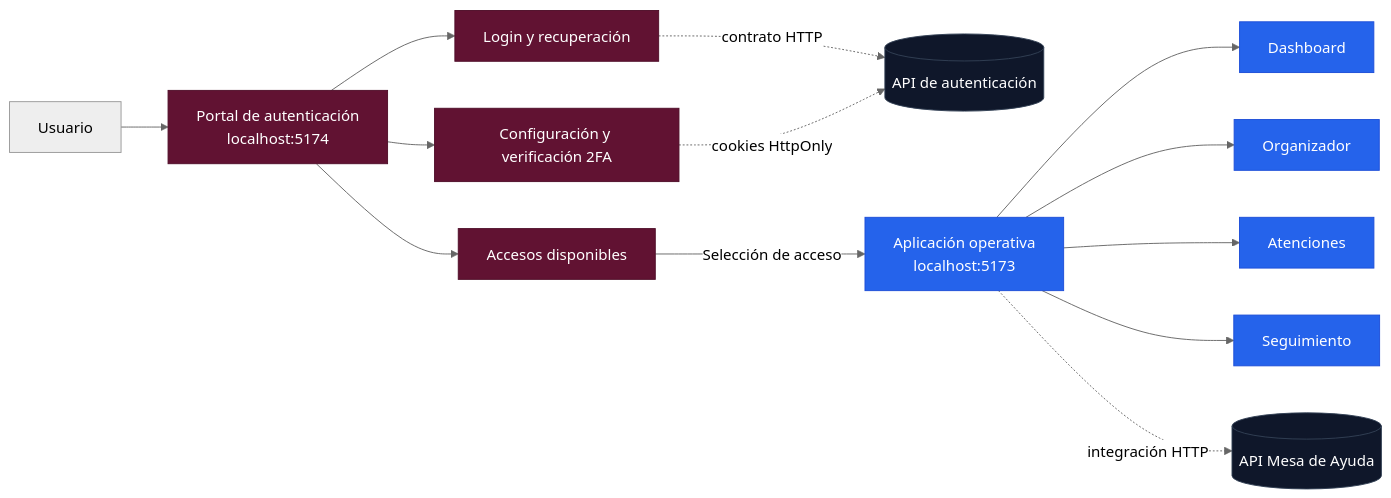
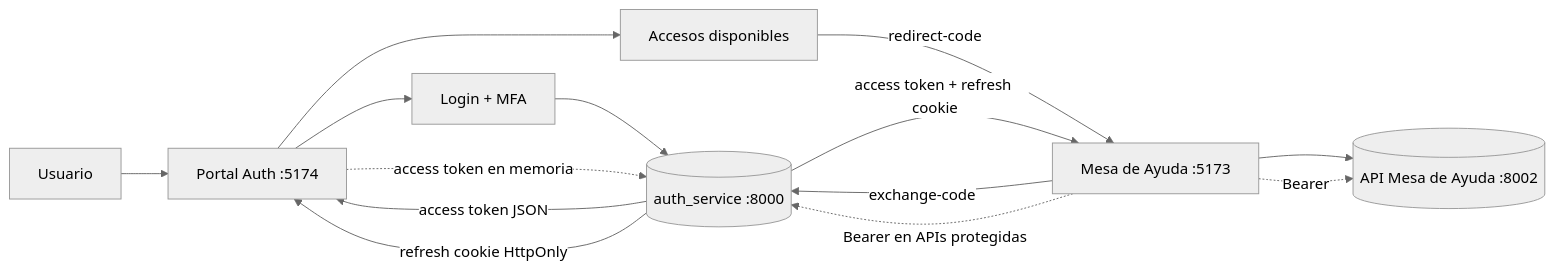
Before and after one commit to Javiergr99/Mesa_de_Ayuda_2.0: the diagram in README.md, drawn with Mermaid (neutral theme). The commit also changed other lines of this file and 328 other files, not shown here.

Commit message:
feat(frontend): modernizar Mesa de Ayuda 2.0 y autenticacion

````diff
--- a/README.md
+++ b/README.md
@@ -176,24 +145,20 @@
 ```mermaid
 flowchart LR
-    U[Usuario] --> AUTH[Portal de autenticación<br/>localhost:5174]
-    AUTH --> LOGIN[Login y recuperación]
-    AUTH --> MFA[Configuración y verificación 2FA]
+    U[Usuario] --> AUTH[Portal Auth :5174]
+    AUTH --> LOGIN[Login + MFA]
+    LOGIN --> AS[(auth_service :8000)]
+
+    AS -->|access token JSON| AUTH
+    AS -->|refresh cookie HttpOnly| AUTH
+
     AUTH --> ACCESS[Accesos disponibles]
+    ACCESS -->|redirect-code| APP[Mesa de Ayuda :5173]
+    APP -->|exchange-code| AS
+    AS -->|access token + refresh cookie| APP
 
-    LOGIN -. contrato HTTP .-> API[(API de autenticación)]
-    MFA -. cookies HttpOnly .-> API
+    APP --> CORE[(API Mesa de Ayuda :8002)]
 
-    ACCESS -->|Selección de acceso| APP[Aplicación operativa<br/>localhost:5173]
-    APP --> DASH[Dashboard]
-    APP --> ORG[Organizador]
-    APP --> ATT[Atenciones]
-    APP --> TRACK[Seguimiento]
-    APP -. integración HTTP .-> CORE[(API Mesa de Ayuda)]
-
-    classDef auth fill:#611232,color:#fff,stroke:#4F0E29;
-    classDef app fill:#2563EB,color:#fff,stroke:#1D4ED8;
-    classDef api fill:#0F172A,color:#fff,stroke:#334155;
-    class AUTH,LOGIN,MFA,ACCESS auth;
-    class APP,DASH,ORG,ATT,TRACK app;
-    class API,CORE api;
+    AUTH -. access token en memoria .-> AS
+    APP -. Bearer en APIs protegidas .-> AS
+    APP -. Bearer .-> CORE
 ```
````
